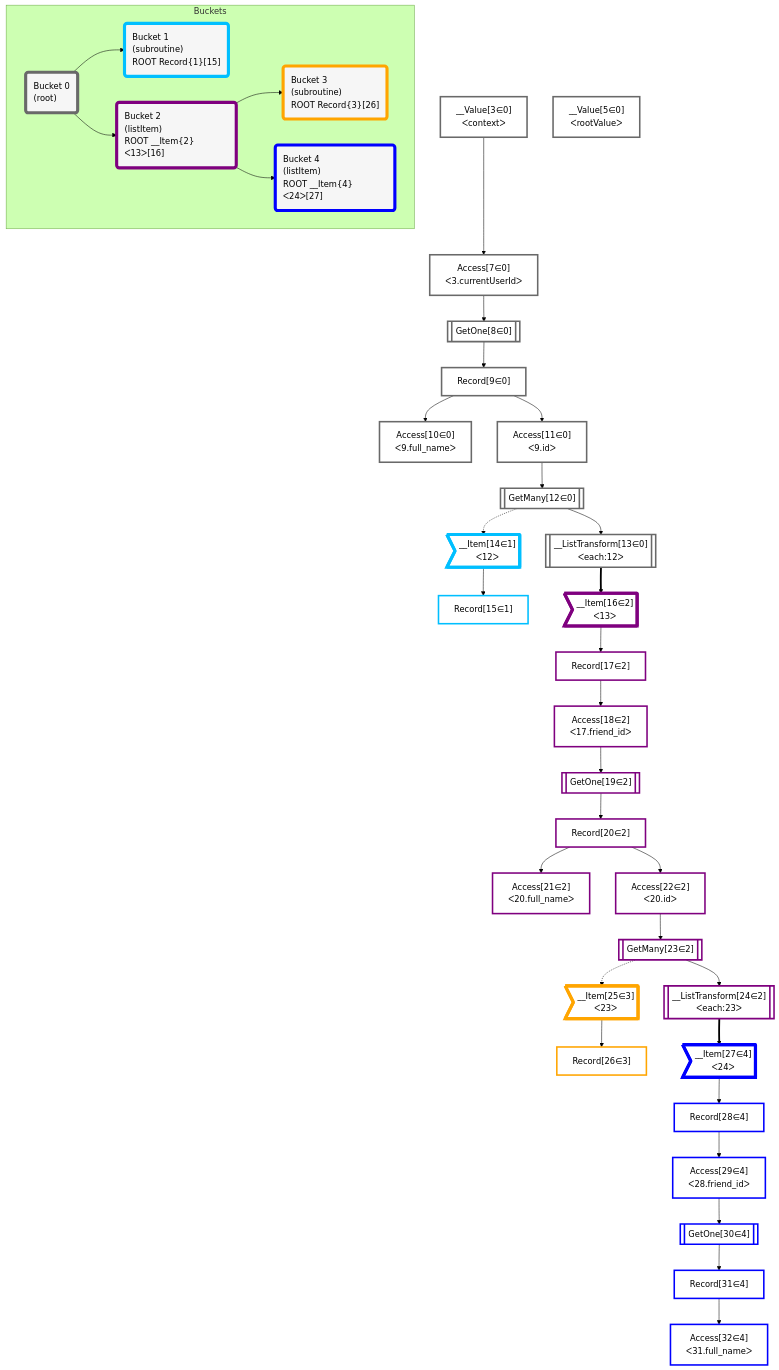
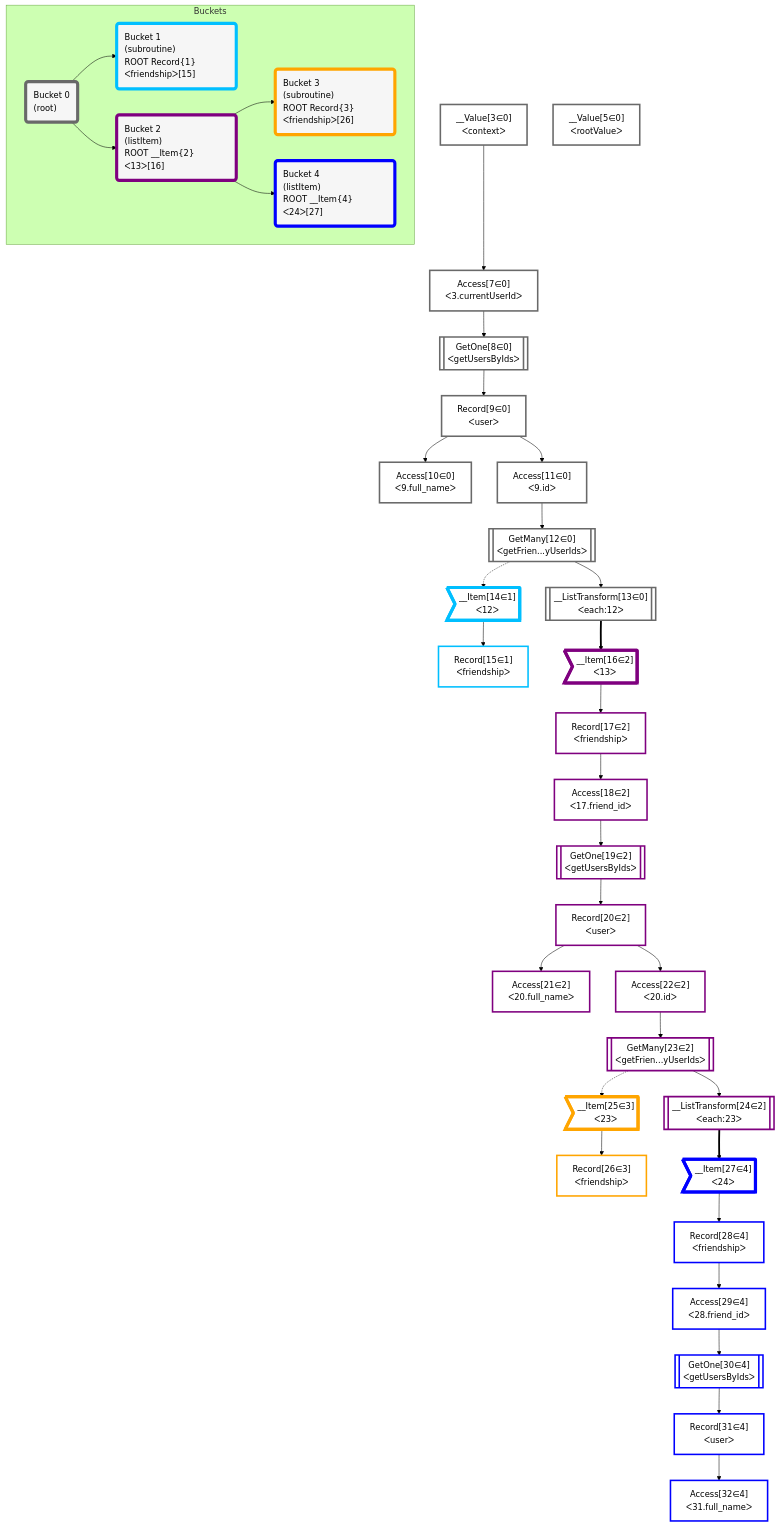
Before and after one commit to graphile/crystal: the diagram in grafast/website/examples/users-and-friends/plan.mermaid, drawn with Mermaid (forest theme). The commit also changed 1 other file, not shown here.

Commit message:
More info in plan diagram

```diff
--- a/grafast/website/examples/users-and-friends/plan.mermaid
+++ b/grafast/website/examples/users-and-friends/plan.mermaid
@@ -1,85 +1,85 @@
 flowchart TD
     classDef path fill:#eee,stroke:#000,color:#000
     classDef plan fill:#fff,stroke-width:3px,color:#000
     classDef itemplan fill:#fff,stroke-width:6px,color:#000
     classDef sideeffectplan fill:#f00,stroke-width:6px,color:#000
     classDef bucket fill:#f6f6f6,color:#000,stroke-width:6px,text-align:left
 
 
     %% define steps
     __Value3["__Value[3∈0]<br />ᐸcontextᐳ"]:::plan
     __Value5["__Value[5∈0]<br />ᐸrootValueᐳ"]:::plan
     Access7["Access[7∈0]<br />ᐸ3.currentUserIdᐳ"]:::plan
-    GetOne8[["GetOne[8∈0]"]]:::plan
-    Record9["Record[9∈0]"]:::plan
+    GetOne8[["GetOne[8∈0]<br />ᐸgetUsersByIdsᐳ"]]:::plan
+    Record9["Record[9∈0]<br />ᐸuserᐳ"]:::plan
     Access10["Access[10∈0]<br />ᐸ9.full_nameᐳ"]:::plan
     Access11["Access[11∈0]<br />ᐸ9.idᐳ"]:::plan
-    GetMany12[["GetMany[12∈0]"]]:::plan
+    GetMany12[["GetMany[12∈0]<br />ᐸgetFrien...yUserIdsᐳ"]]:::plan
     __ListTransform13[["__ListTransform[13∈0]<br />ᐸeach:12ᐳ"]]:::plan
     __Item14>"__Item[14∈1]<br />ᐸ12ᐳ"]:::itemplan
-    Record15["Record[15∈1]"]:::plan
+    Record15["Record[15∈1]<br />ᐸfriendshipᐳ"]:::plan
     __Item16>"__Item[16∈2]<br />ᐸ13ᐳ"]:::itemplan
-    Record17["Record[17∈2]"]:::plan
+    Record17["Record[17∈2]<br />ᐸfriendshipᐳ"]:::plan
     Access18["Access[18∈2]<br />ᐸ17.friend_idᐳ"]:::plan
-    GetOne19[["GetOne[19∈2]"]]:::plan
-    Record20["Record[20∈2]"]:::plan
+    GetOne19[["GetOne[19∈2]<br />ᐸgetUsersByIdsᐳ"]]:::plan
+    Record20["Record[20∈2]<br />ᐸuserᐳ"]:::plan
     Access21["Access[21∈2]<br />ᐸ20.full_nameᐳ"]:::plan
     Access22["Access[22∈2]<br />ᐸ20.idᐳ"]:::plan
-    GetMany23[["GetMany[23∈2]"]]:::plan
+    GetMany23[["GetMany[23∈2]<br />ᐸgetFrien...yUserIdsᐳ"]]:::plan
     __ListTransform24[["__ListTransform[24∈2]<br />ᐸeach:23ᐳ"]]:::plan
     __Item25>"__Item[25∈3]<br />ᐸ23ᐳ"]:::itemplan
-    Record26["Record[26∈3]"]:::plan
+    Record26["Record[26∈3]<br />ᐸfriendshipᐳ"]:::plan
     __Item27>"__Item[27∈4]<br />ᐸ24ᐳ"]:::itemplan
-    Record28["Record[28∈4]"]:::plan
+    Record28["Record[28∈4]<br />ᐸfriendshipᐳ"]:::plan
     Access29["Access[29∈4]<br />ᐸ28.friend_idᐳ"]:::plan
-    GetOne30[["GetOne[30∈4]"]]:::plan
-    Record31["Record[31∈4]"]:::plan
+    GetOne30[["GetOne[30∈4]<br />ᐸgetUsersByIdsᐳ"]]:::plan
+    Record31["Record[31∈4]<br />ᐸuserᐳ"]:::plan
     Access32["Access[32∈4]<br />ᐸ31.full_nameᐳ"]:::plan
 
     %% plan dependencies
     __Value3 --> Access7
     Access7 --> GetOne8
     GetOne8 --> Record9
     Record9 --> Access10
     Record9 --> Access11
     Access11 --> GetMany12
     GetMany12 --> __ListTransform13
     GetMany12 -.-> __Item14
     __Item14 --> Record15
     __ListTransform13 ==> __Item16
     __Item16 --> Record17
     Record17 --> Access18
     Access18 --> GetOne19
     GetOne19 --> Record20
     Record20 --> Access21
     Record20 --> Access22
     Access22 --> GetMany23
     GetMany23 --> __ListTransform24
     GetMany23 -.-> __Item25
     __Item25 --> Record26
     __ListTransform24 ==> __Item27
     __Item27 --> Record28
     Record28 --> Access29
     Access29 --> GetOne30
     GetOne30 --> Record31
     Record31 --> Access32
 
     subgraph Buckets
     Bucket0("Bucket 0<br />(root)"):::bucket
     classDef bucket0 stroke:#696969
     class Bucket0,__Value3,__Value5,Access7,GetOne8,Record9,Access10,Access11,GetMany12,__ListTransform13 bucket0
-    Bucket1("Bucket 1<br />(subroutine)<br />ROOT Record{1}[15]"):::bucket
+    Bucket1("Bucket 1<br />(subroutine)<br />ROOT Record{1}ᐸfriendshipᐳ[15]"):::bucket
     classDef bucket1 stroke:#00bfff
     class Bucket1,__Item14,Record15 bucket1
     Bucket2("Bucket 2<br />(listItem)<br />ROOT __Item{2}ᐸ13ᐳ[16]"):::bucket
     classDef bucket2 stroke:#7f007f
     class Bucket2,__Item16,Record17,Access18,GetOne19,Record20,Access21,Access22,GetMany23,__ListTransform24 bucket2
-    Bucket3("Bucket 3<br />(subroutine)<br />ROOT Record{3}[26]"):::bucket
+    Bucket3("Bucket 3<br />(subroutine)<br />ROOT Record{3}ᐸfriendshipᐳ[26]"):::bucket
     classDef bucket3 stroke:#ffa500
     class Bucket3,__Item25,Record26 bucket3
     Bucket4("Bucket 4<br />(listItem)<br />ROOT __Item{4}ᐸ24ᐳ[27]"):::bucket
     classDef bucket4 stroke:#0000ff
     class Bucket4,__Item27,Record28,Access29,GetOne30,Record31,Access32 bucket4
     Bucket0 --> Bucket1 & Bucket2
     Bucket2 --> Bucket3 & Bucket4
     end
```
